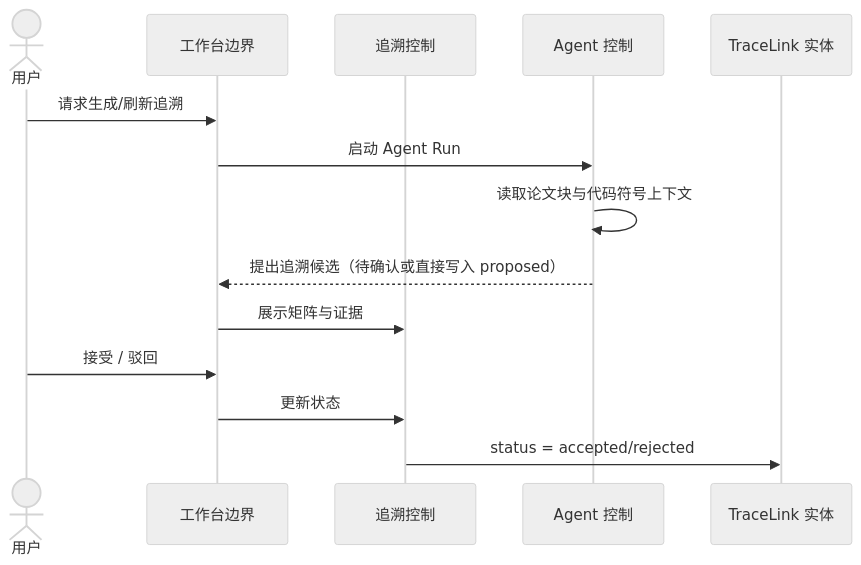
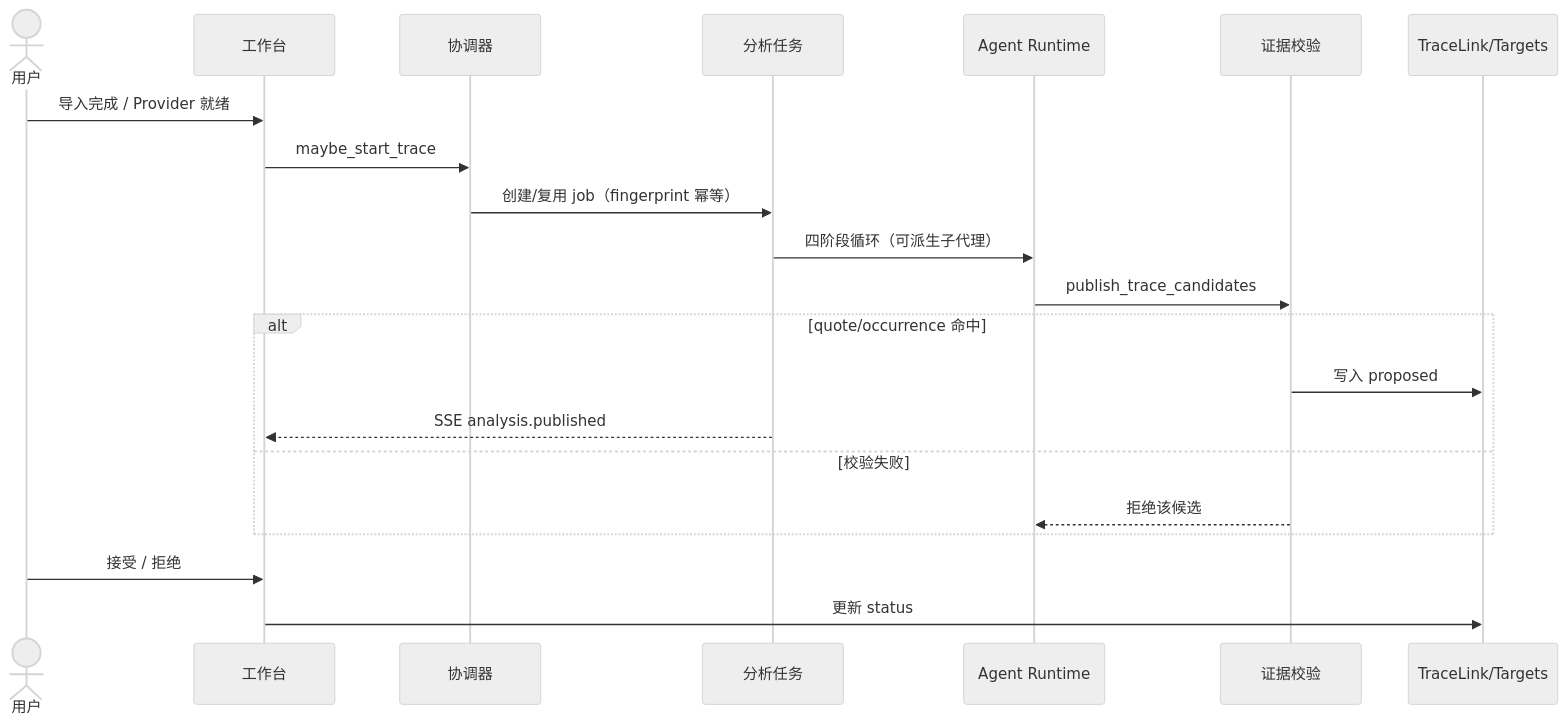
The fifth of 12 diagrams in FinalRelease/UML.md (1JI0O/SE26Project-15), drawn with Mermaid (neutral theme) before and after one commit. The commit also changed other lines of this file and 1 other file, not shown here.

````diff
--- a/FinalRelease/UML.md
+++ b/FinalRelease/UML.md
@@ -190,17 +229,24 @@
 ```mermaid
 sequenceDiagram
   actor U as 用户
-  participant B as 工作台边界
-  participant T as 追溯控制
-  participant A as Agent 控制
-  participant E as TraceLink 实体
+  participant W as 工作台
+  participant C as 协调器
+  participant J as 分析任务
+  participant A as Agent Runtime
+  participant V as 证据校验
+  participant DB as TraceLink/Targets
 
-  U->>B: 请求生成/刷新追溯
-  B->>A: 启动 Agent Run
-  A->>A: 读取论文块与代码符号上下文
-  A-->>B: 提出追溯候选（待确认或直接写入 proposed）
-  B->>T: 展示矩阵与证据
-  U->>B: 接受 / 驳回
-  B->>T: 更新状态
-  T->>E: status = accepted/rejected
+  U->>W: 导入完成 / Provider 就绪
+  W->>C: maybe_start_trace
+  C->>J: 创建/复用 job（fingerprint 幂等）
+  J->>A: 四阶段循环（可派生子代理）
+  A->>V: publish_trace_candidates
+  alt quote/occurrence 命中
+    V->>DB: 写入 proposed
+    J-->>W: SSE analysis.published
+  else 校验失败
+    V-->>A: 拒绝该候选
+  end
+  U->>W: 接受 / 拒绝
+  W->>DB: 更新 status
 ```
````
